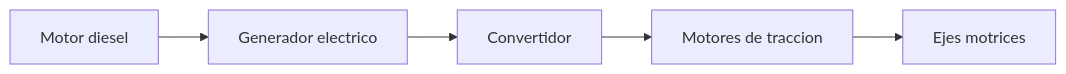
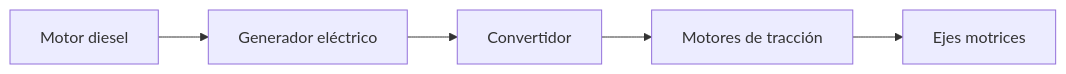
Before and after one commit to vladimiracunadev-create/machine-operator-program: the third of 4 diagrams in vehiculos/tren-pasajeros/operacion/sistemas-mecanicos-tren-pasajeros.md, drawn with Mermaid. The commit also changed other lines of this file and 442 other files, not shown here.

````diff
--- a/vehiculos/tren-pasajeros/operacion/sistemas-mecanicos-tren-pasajeros.md
+++ b/vehiculos/tren-pasajeros/operacion/sistemas-mecanicos-tren-pasajeros.md
@@ -69,7 +69,7 @@
 ```mermaid
 flowchart LR
-    Diesel[Motor diesel] --> Generador[Generador electrico]
+    Diesel[Motor diesel] --> Generador[Generador eléctrico]
     Generador --> Rectificador[Convertidor]
-    Rectificador --> Motores[Motores de traccion]
+    Rectificador --> Motores[Motores de tracción]
     Motores --> Ejes[Ejes motrices]
 ```
````
